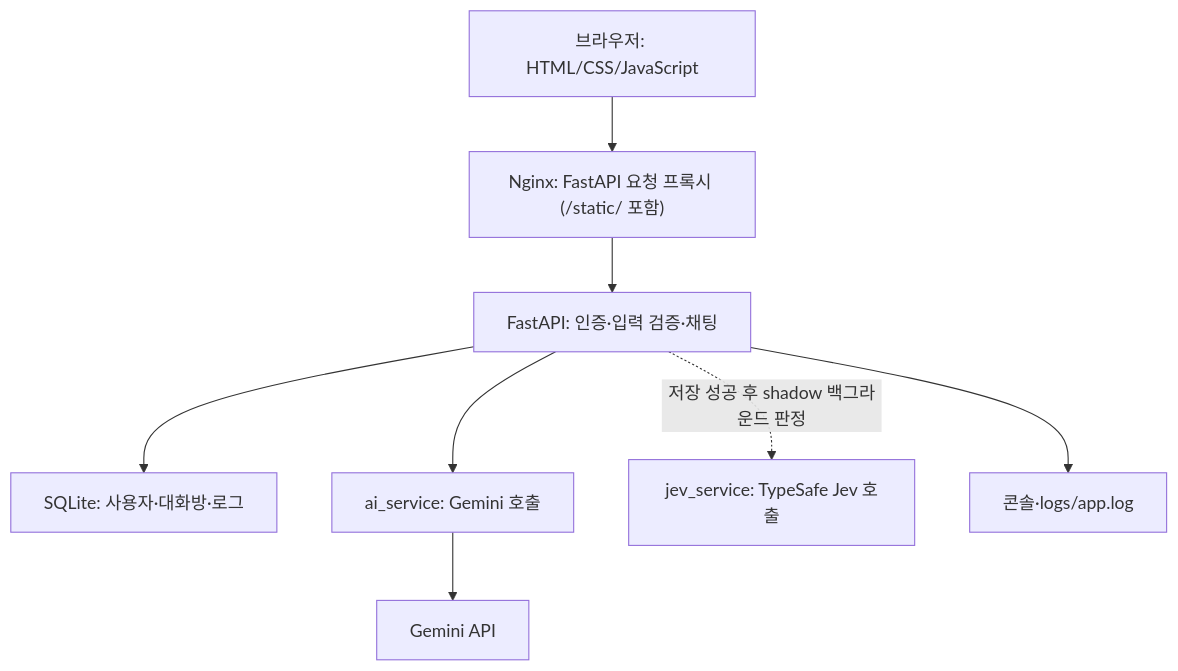
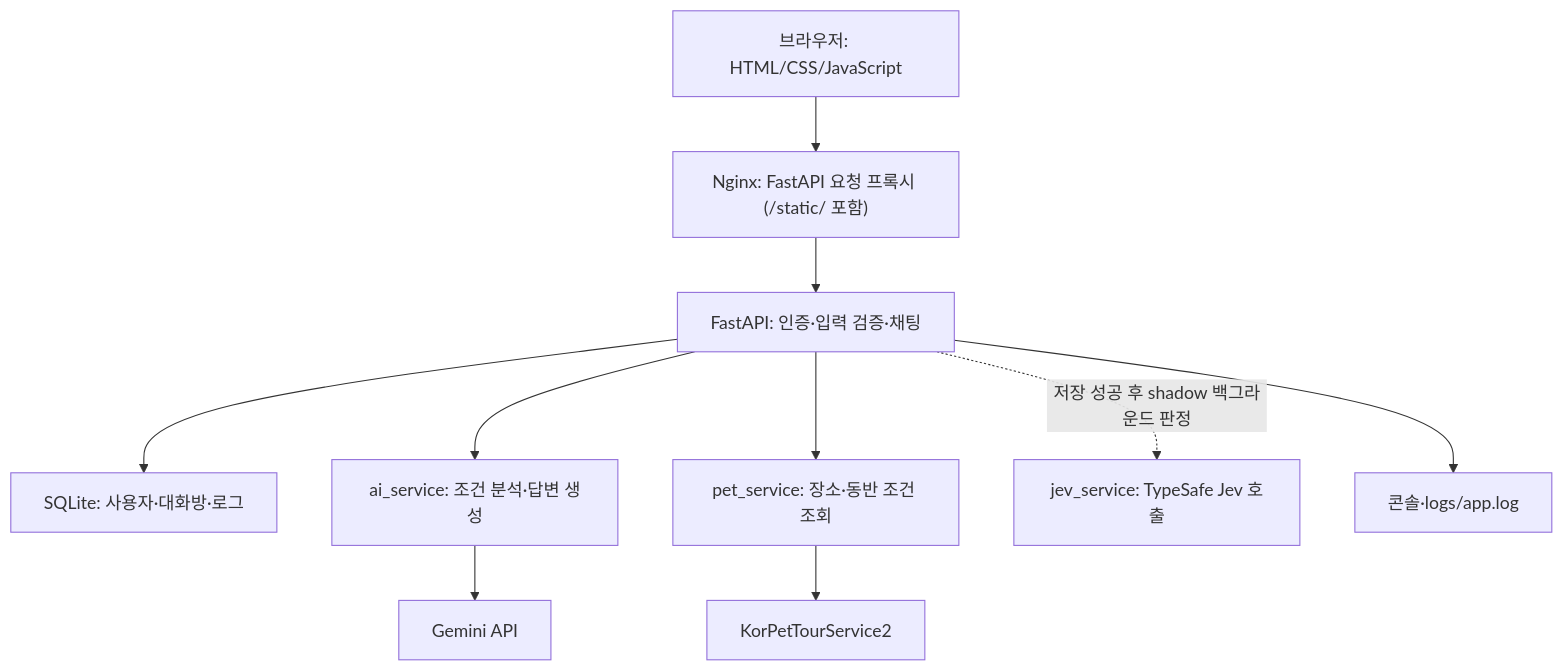
One commit to AI-SW-Basic-B7-1/7-1 changed the diagram in README.md. Above: the diagram before and after it, drawn with Mermaid. The commit also changed other lines of this file and 16 other files, not shown here.

````diff
--- a/README.md
+++ b/README.md
@@ -64,10 +64,12 @@
 ```mermaid
 flowchart TD
     Browser["브라우저: HTML/CSS/JavaScript"] --> Nginx["Nginx: FastAPI 요청 프록시 (/static/ 포함)"]
     Nginx --> API["FastAPI: 인증·입력 검증·채팅"]
     API --> DB["SQLite: 사용자·대화방·로그"]
-    API --> AI["ai_service: Gemini 호출"]
+    API --> AI["ai_service: 조건 분석·답변 생성"]
+    API --> Pet["pet_service: 장소·동반 조건 조회"]
     AI --> Gemini["Gemini API"]
+    Pet --> Tour["KorPetTourService2"]
     API -. "저장 성공 후 shadow 백그라운드 판정" .-> Jev["jev_service: TypeSafe Jev 호출"]
     API --> Log["콘솔·logs/app.log"]
 ```
````
